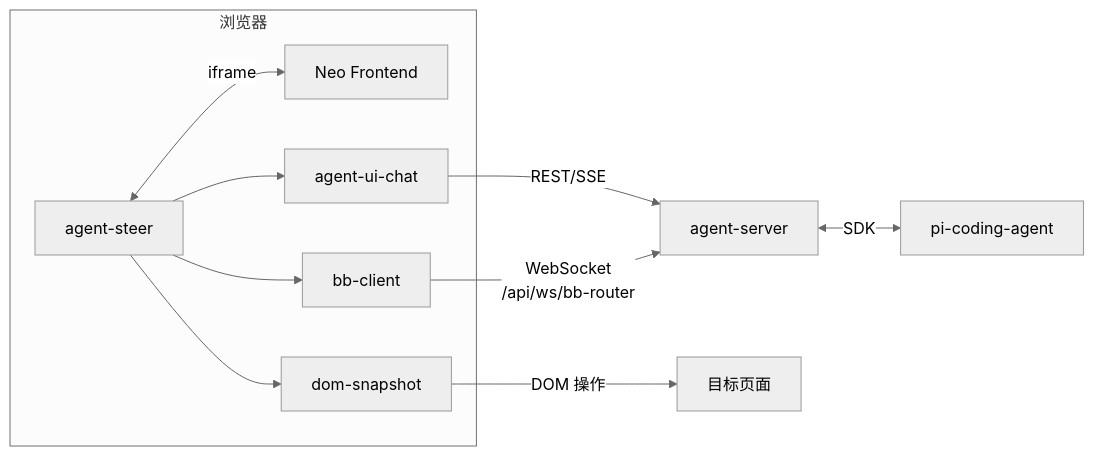
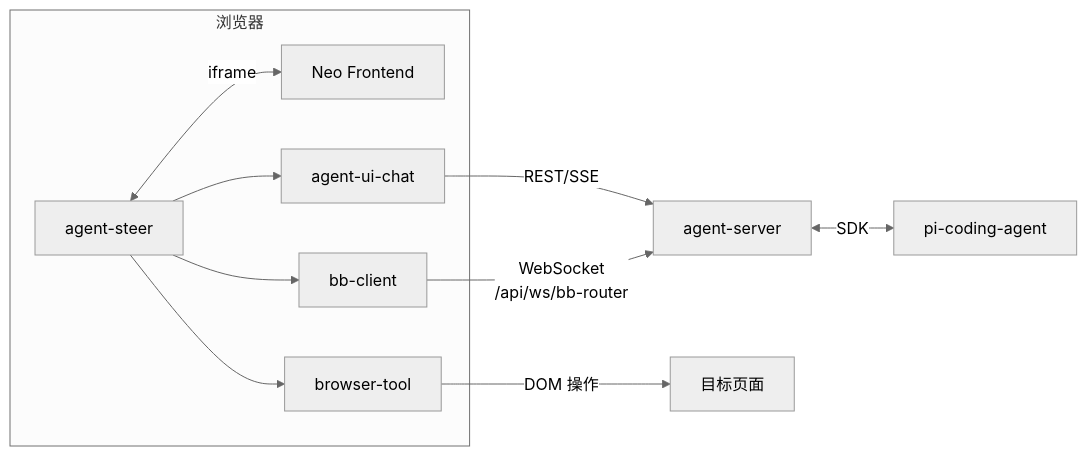
Before and after one commit to zhaoxin34/matrix: the third of 3 diagrams in neo/design/docs/technical/arch/arch-neo-agents.md, drawn with Mermaid (neutral theme). The commit also changed other lines of this file and 7 other files, not shown here.

````diff
--- a/neo/design/docs/technical/arch/arch-neo-agents.md
+++ b/neo/design/docs/technical/arch/arch-neo-agents.md
@@ -175,15 +175,15 @@
 ```mermaid
 graph LR
     subgraph Browser["浏览器"]
         A[agent-steer] <-->|iframe| B[Neo Frontend]
         A --> C[agent-ui-chat]
         A --> D[bb-client]
-        A --> E[dom-snapshot]
+        A --> E[browser-tool]
     end
     
     C -->|REST/SSE| F[agent-server]
     D -->|WebSocket<br/>/api/ws/bb-router| F
     F <-->|SDK| G[pi-coding-agent]
     
     E -->|DOM 操作| H[目标页面]
 ```
````
